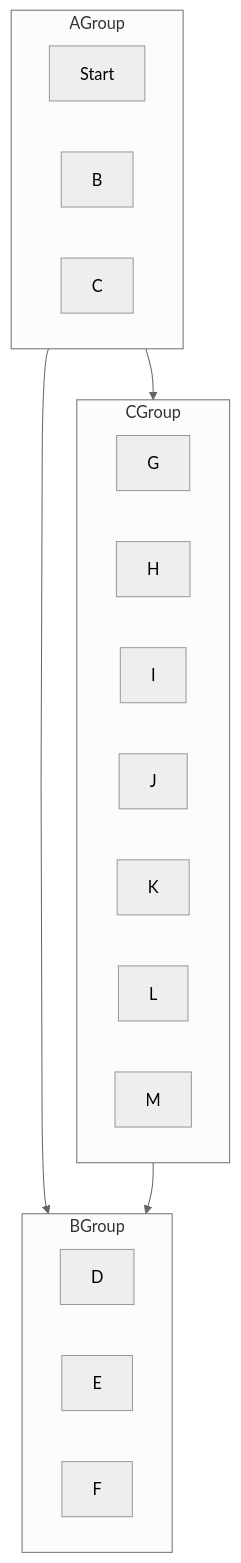
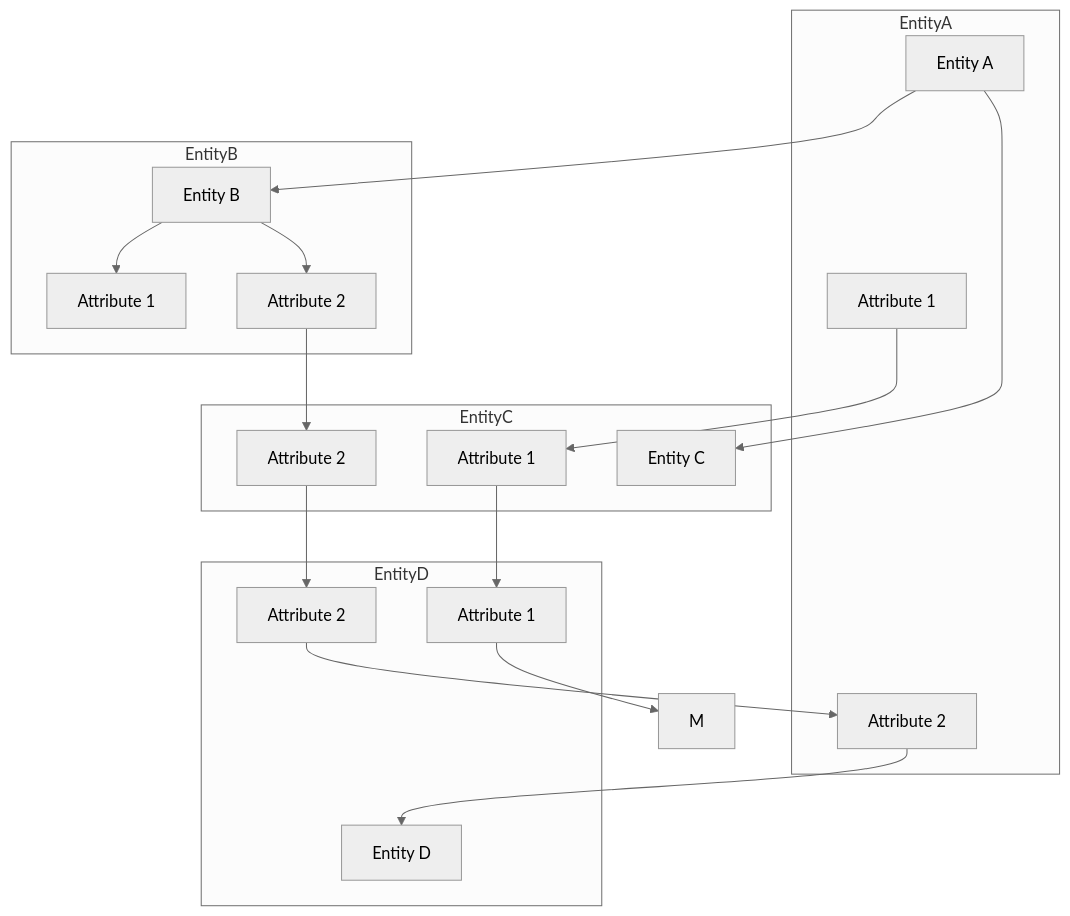
Before and after one commit to ammoGDevs/ammoG_Devs: the diagram in README.md, drawn with Mermaid (neutral theme).

````diff
--- a/README.md
+++ b/README.md
@@ -31,29 +31,40 @@
 ```mermaid
 graph TD;
 
-subgraph AGroup
-  A[Start]
-  B
-  C
+subgraph EntityA
+  A[Entity A]
+  B[Attribute 1]
+  C[Attribute 2]
 end
 
-subgraph BGroup
-  D
-  E
-  F
+subgraph EntityB
+  D[Entity B]
+  E[Attribute 1]
+  F[Attribute 2]
 end
 
-subgraph CGroup
-  G
-  H
-  I
-  J
-  K
-  L
-  M
+subgraph EntityC
+  G[Entity C]
+  H[Attribute 1]
+  I[Attribute 2]
 end
 
-AGroup --> BGroup
-AGroup --> CGroup
-CGroup --> BGroup
+subgraph EntityD
+  J[Entity D]
+  K[Attribute 1]
+  L[Attribute 2]
+end
+
+A --> D
+A --> G
+C --> J
+D --> E
+D --> F
+B --> H
+F --> I
+H --> K
+I --> L
+K --> M
+L --> C
+
 ```
````
